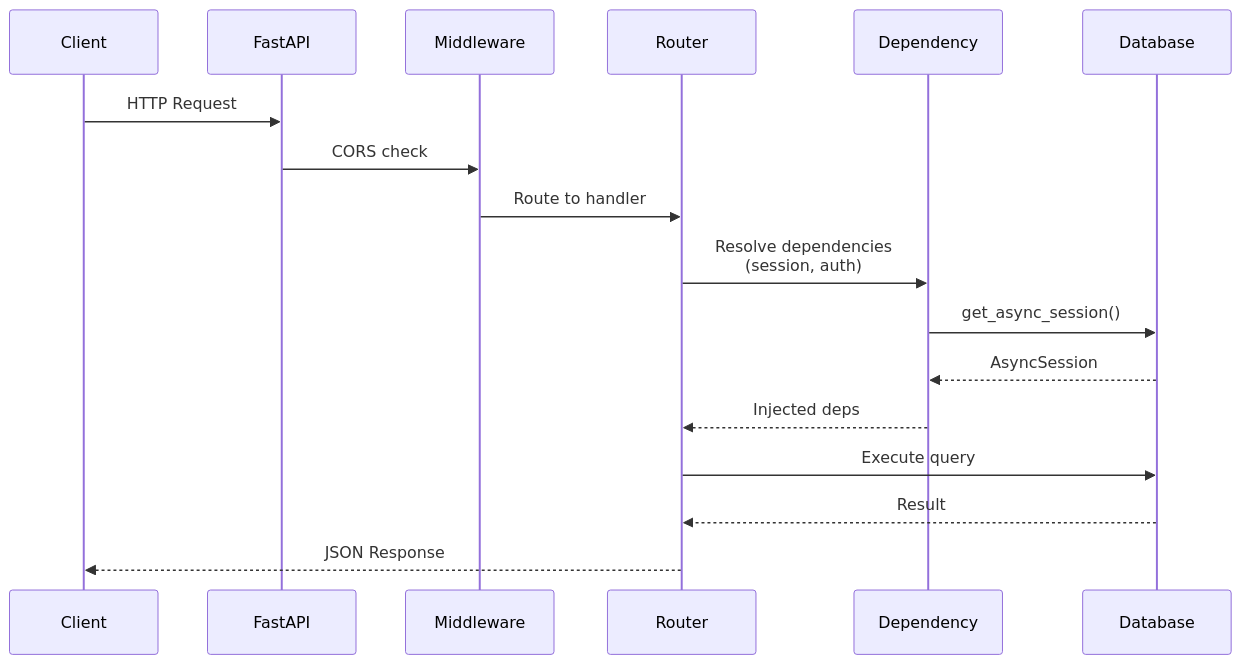
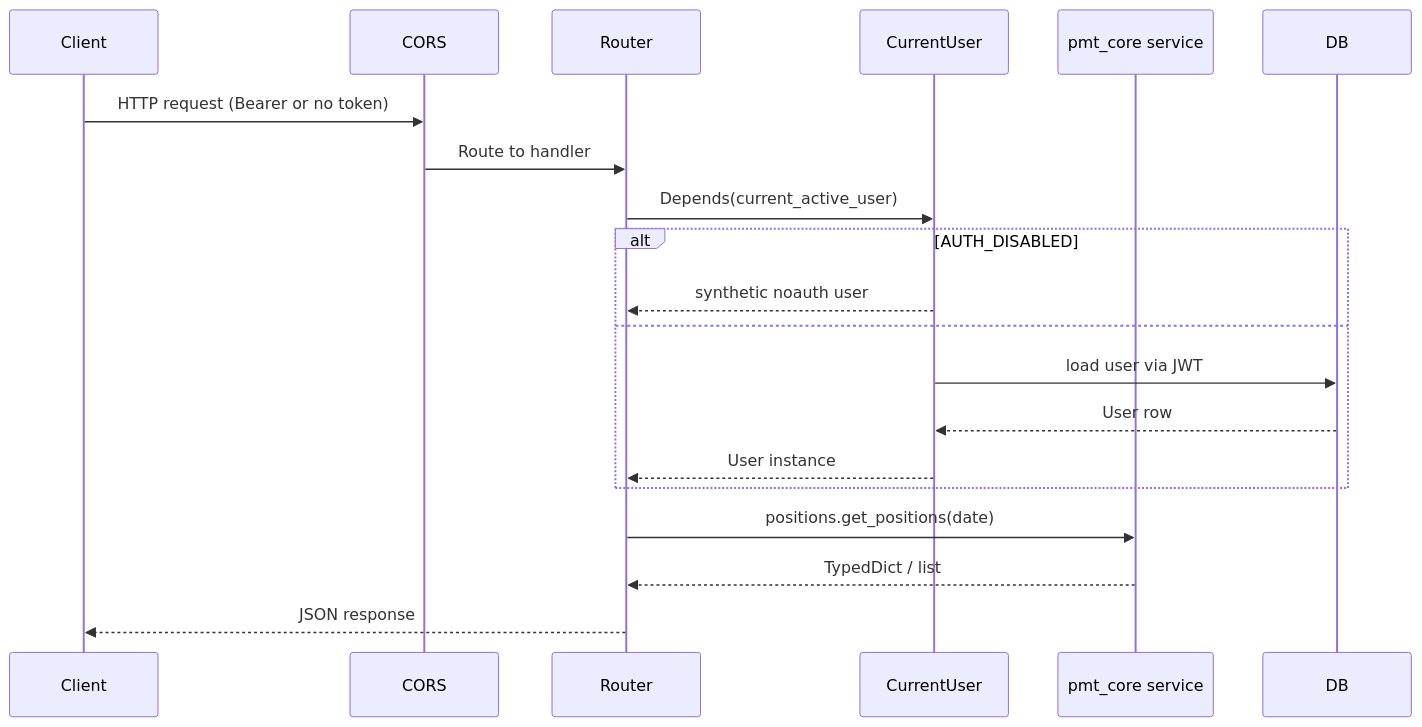
Before and after one commit to orkapodavid/Portfolio-Management-Tool-FastAPI-NextJS: the first of 2 diagrams in docs/fastapi_backend/backend-architecture.md, drawn with Mermaid. The commit also changed other lines of this file and 28 other files, not shown here.

````diff
--- a/docs/fastapi_backend/backend-architecture.md
+++ b/docs/fastapi_backend/backend-architecture.md
@@ -52,20 +92,23 @@
 ```mermaid
 sequenceDiagram
     participant Client
-    participant FastAPI
-    participant Middleware
+    participant CORS
     participant Router
-    participant Dependency
-    participant Database
+    participant CurrentUser
+    participant Service as pmt_core service
+    participant DB
 
-    Client->>FastAPI: HTTP Request
-    FastAPI->>Middleware: CORS check
-    Middleware->>Router: Route to handler
-    Router->>Dependency: Resolve dependencies<br/>(session, auth)
-    Dependency->>Database: get_async_session()
-    Database-->>Dependency: AsyncSession
-    Dependency-->>Router: Injected deps
-    Router->>Database: Execute query
-    Database-->>Router: Result
-    Router-->>Client: JSON Response
+    Client->>CORS: HTTP request (Bearer or no token)
+    CORS->>Router: Route to handler
+    Router->>CurrentUser: Depends(current_active_user)
+    alt AUTH_DISABLED
+        CurrentUser-->>Router: synthetic noauth user
+    else
+        CurrentUser->>DB: load user via JWT
+        DB-->>CurrentUser: User row
+        CurrentUser-->>Router: User instance
+    end
+    Router->>Service: positions.get_positions(date)
+    Service-->>Router: TypedDict / list
+    Router-->>Client: JSON response
 ```
````
